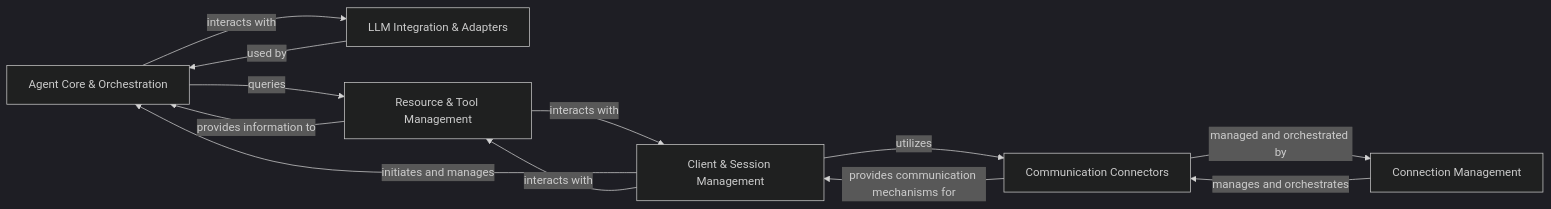
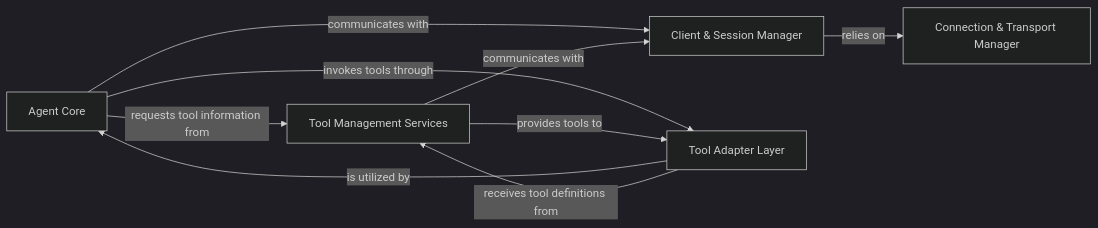
Before and after one commit to mcp-use/mcp-use: the diagram in .codeboarding/on_boarding.mdx, drawn with Mermaid (dark theme). The commit also changed other lines of this file and 24 other files, not shown here.

First line of the commit message:
docs: update codeboarding documentation and generate architecture

````diff
--- a/.codeboarding/on_boarding.mdx
+++ b/.codeboarding/on_boarding.mdx
@@ -7,26 +7,21 @@
 ```mermaid
 graph LR
-    Agent_Core_Orchestration["Agent Core & Orchestration"]
-    Client_Session_Management["Client & Session Management"]
-    Communication_Connectors["Communication Connectors"]
-    Connection_Management["Connection Management"]
-    LLM_Integration_Adapters["LLM Integration & Adapters"]
-    Resource_Tool_Management["Resource & Tool Management"]
-    Agent_Core_Orchestration -- "interacts with" --> LLM_Integration_Adapters
-    Agent_Core_Orchestration -- "queries" --> Resource_Tool_Management
-    Client_Session_Management -- "initiates and manages" --> Agent_Core_Orchestration
-    Client_Session_Management -- "utilizes" --> Communication_Connectors
-    Client_Session_Management -- "interacts with" --> Resource_Tool_Management
-    Communication_Connectors -- "provides communication mechanisms for" --> Client_Session_Management
-    Communication_Connectors -- "managed and orchestrated by" --> Connection_Management
-    Connection_Management -- "manages and orchestrates" --> Communication_Connectors
-    LLM_Integration_Adapters -- "used by" --> Agent_Core_Orchestration
-    Resource_Tool_Management -- "provides information to" --> Agent_Core_Orchestration
-    Resource_Tool_Management -- "interacts with" --> Client_Session_Management
-    click Agent_Core_Orchestration href "/codeboarding/Agent_Core_Orchestration.md" "Details"
-    click Client_Session_Management href "/codeboarding/Client_Session_Management.md" "Details"
-    click Communication_Connectors href "/codeboarding/Communication_Connectors.md" "Details"
-    click Connection_Management href "/codeboarding/Connection_Management.md" "Details"
-    click LLM_Integration_Adapters href "/codeboarding/LLM_Integration_Adapters.md" "Details"
-    click Resource_Tool_Management href "/codeboarding/Resource_Tool_Management.md" "Details"
+    Agent_Core["Agent Core"]
+    Client_Session_Manager["Client & Session Manager"]
+    Tool_Adapter_Layer["Tool Adapter Layer"]
+    Tool_Management_Services["Tool Management Services"]
+    Connection_Transport_Manager["Connection & Transport Manager"]
+    Agent_Core -- "requests tool information from" --> Tool_Management_Services
+    Agent_Core -- "invokes tools through" --> Tool_Adapter_Layer
+    Agent_Core -- "communicates with" --> Client_Session_Manager
+    Client_Session_Manager -- "relies on" --> Connection_Transport_Manager
+    Tool_Management_Services -- "communicates with" --> Client_Session_Manager
+    Tool_Management_Services -- "provides tools to" --> Tool_Adapter_Layer
+    Tool_Adapter_Layer -- "is utilized by" --> Agent_Core
+    Tool_Adapter_Layer -- "receives tool definitions from" --> Tool_Management_Services
+    click Agent_Core href "/codeboarding/Agent_Core.md" "Details"
+    click Client_Session_Manager href "/codeboarding/Client_Session_Manager.md" "Details"
+    click Tool_Adapter_Layer href "/codeboarding/Tool_Adapter_Layer.md" "Details"
+    click Tool_Management_Services href "/codeboarding/Tool_Management_Services.md" "Details"
+    click Connection_Transport_Manager href "/codeboarding/Connection_Transport_Manager.md" "Details"
 ```
````
